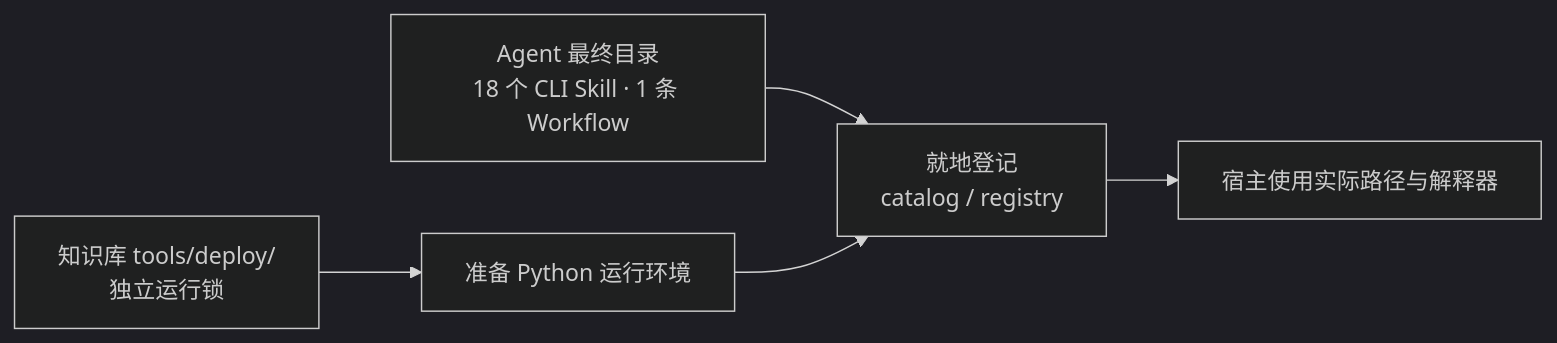
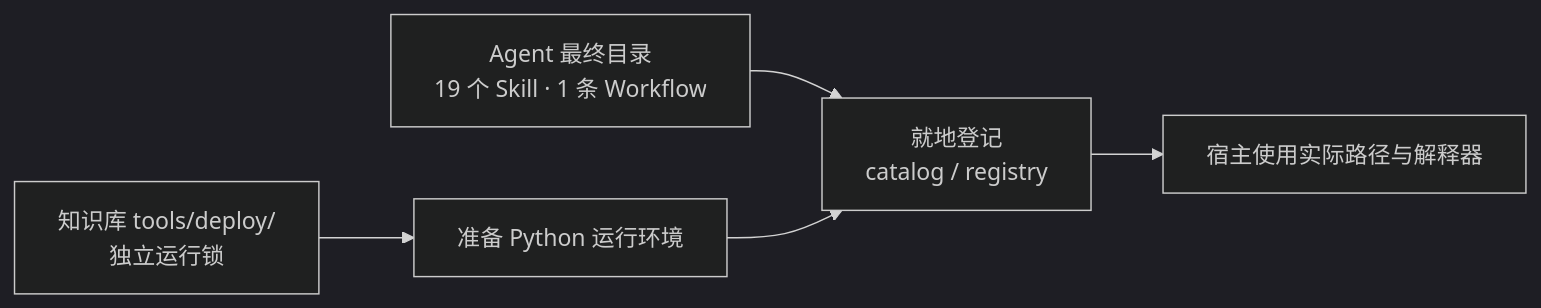
One commit to Robin-hhc/FactumCore changed the first of 3 diagrams in aiotbot-knowledge-wifi-mp/docs-llm-wiki/使用说明.md. Above: the diagram before and after it, drawn with Mermaid (dark theme). The commit also changed other lines of this file and 11 other files, not shown here.

````diff
--- a/aiotbot-knowledge-wifi-mp/docs-llm-wiki/使用说明.md
+++ b/aiotbot-knowledge-wifi-mp/docs-llm-wiki/使用说明.md
@@ -60,7 +60,7 @@
 ```mermaid
 flowchart LR
     T["知识库 tools/deploy/<br/>独立运行锁"] --> E["准备 Python 运行环境"]
-    A["Agent 最终目录<br/>18 个 CLI Skill · 1 条 Workflow"] --> R["就地登记<br/>catalog / registry"]
+    A["Agent 最终目录<br/>19 个 Skill · 1 条 Workflow"] --> R["就地登记<br/>catalog / registry"]
     E --> R
     R --> H["宿主使用实际路径与解释器"]
 ```
````
